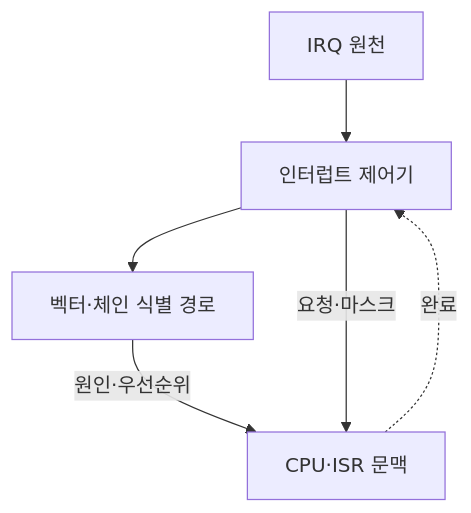
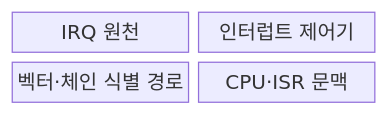
The first of 2 diagrams in src/content/docs/notes/02-hardware/034_interrupt_handling.md (agnusdei1207/knowledge-base), drawn with Mermaid before and after one commit. The commit also changed other lines of this file and 20 other files, not shown here.

````diff
--- a/src/content/docs/notes/02-hardware/034_interrupt_handling.md
+++ b/src/content/docs/notes/02-hardware/034_interrupt_handling.md
@@ -66,8 +64,8 @@
 ```mermaid
-flowchart TB
-    D[IRQ 원천] --> C[인터럽트 제어기]
-    C --> I[벡터·체인 식별 경로]
-    I -->|원인·우선순위| P[CPU·ISR 문맥]
-    C -->|요청·마스크| P
-    P -. 완료 .-> C
+block
+    columns 2
+    D["IRQ 원천"]
+    C["인터럽트 제어기"]
+    I["벡터·체인 식별 경로"]
+    P["CPU·ISR 문맥"]
 ```
````
